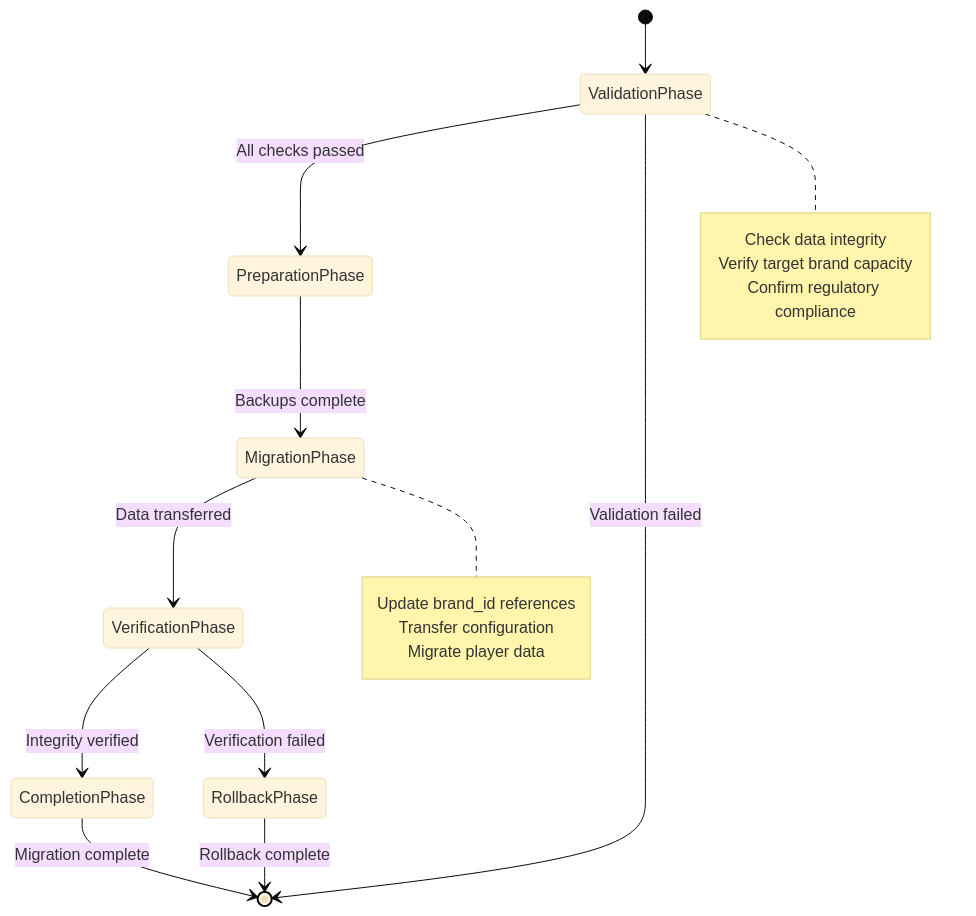
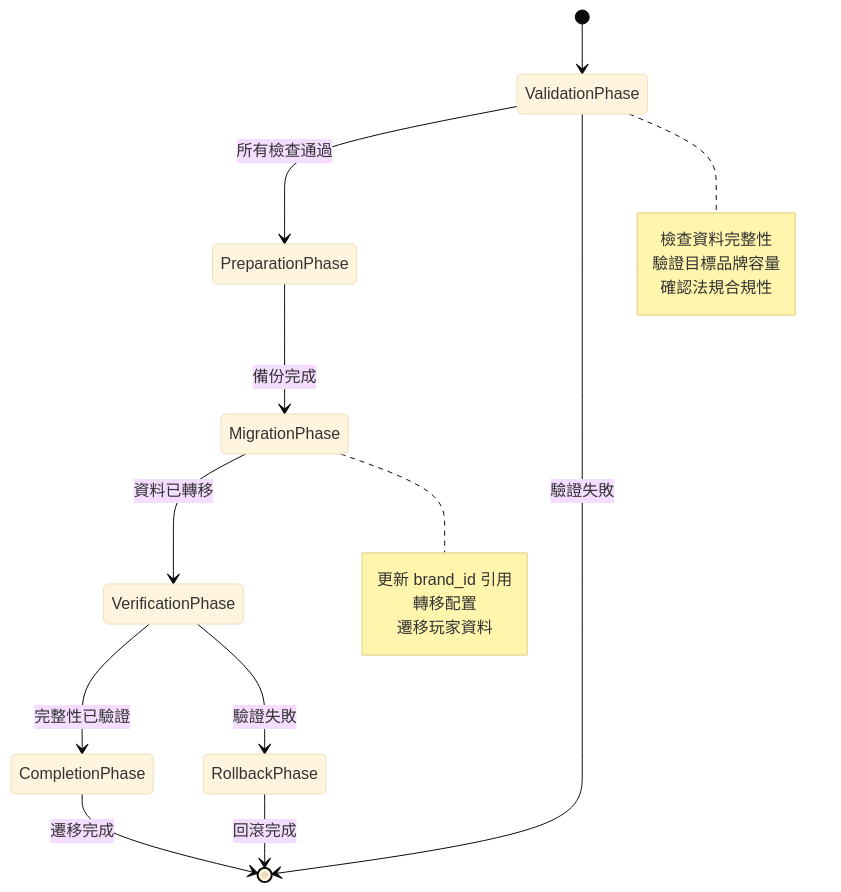
Before and after one commit to ron03wlb/smart-admin: the fourth of 4 diagrams in docs/iGaming/architecture/06_Platform_Core/Multi_Tenant_Architecture.md, drawn with Mermaid (base theme). The commit also changed other lines of this file and 4 other files, not shown here.

````diff
--- a/docs/iGaming/architecture/06_Platform_Core/Multi_Tenant_Architecture.md
+++ b/docs/iGaming/architecture/06_Platform_Core/Multi_Tenant_Architecture.md
@@ -504,29 +504,29 @@
 ```mermaid
 stateDiagram-v2
     [*] --> ValidationPhase
 
-    ValidationPhase --> PreparationPhase: All checks passed
-    ValidationPhase --> [*]: Validation failed
+    ValidationPhase --> PreparationPhase: 所有檢查通過
+    ValidationPhase --> [*]: 驗證失敗
 
-    PreparationPhase --> MigrationPhase: Backups complete
+    PreparationPhase --> MigrationPhase: 備份完成
 
-    MigrationPhase --> VerificationPhase: Data transferred
+    MigrationPhase --> VerificationPhase: 資料已轉移
 
-    VerificationPhase --> CompletionPhase: Integrity verified
-    VerificationPhase --> RollbackPhase: Verification failed
+    VerificationPhase --> CompletionPhase: 完整性已驗證
+    VerificationPhase --> RollbackPhase: 驗證失敗
 
-    RollbackPhase --> [*]: Rollback complete
-    CompletionPhase --> [*]: Migration complete
+    RollbackPhase --> [*]: 回滾完成
+    CompletionPhase --> [*]: 遷移完成
 
     note right of ValidationPhase
-        Check data integrity
-        Verify target brand capacity
-        Confirm regulatory compliance
+        檢查資料完整性
+        驗證目標品牌容量
+        確認法規合規性
     end note
 
     note right of MigrationPhase
-        Update brand_id references
-        Transfer configuration
-        Migrate player data
+        更新 brand_id 引用
+        轉移配置
+        遷移玩家資料
     end note
 ```
````
